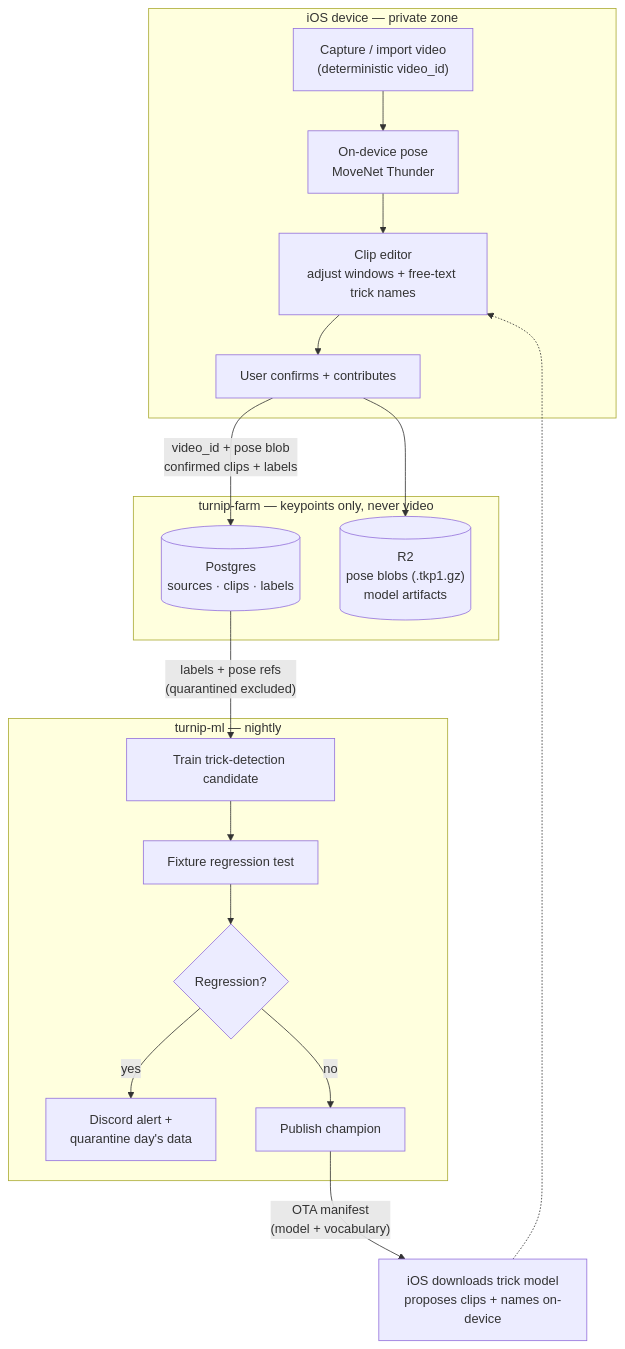
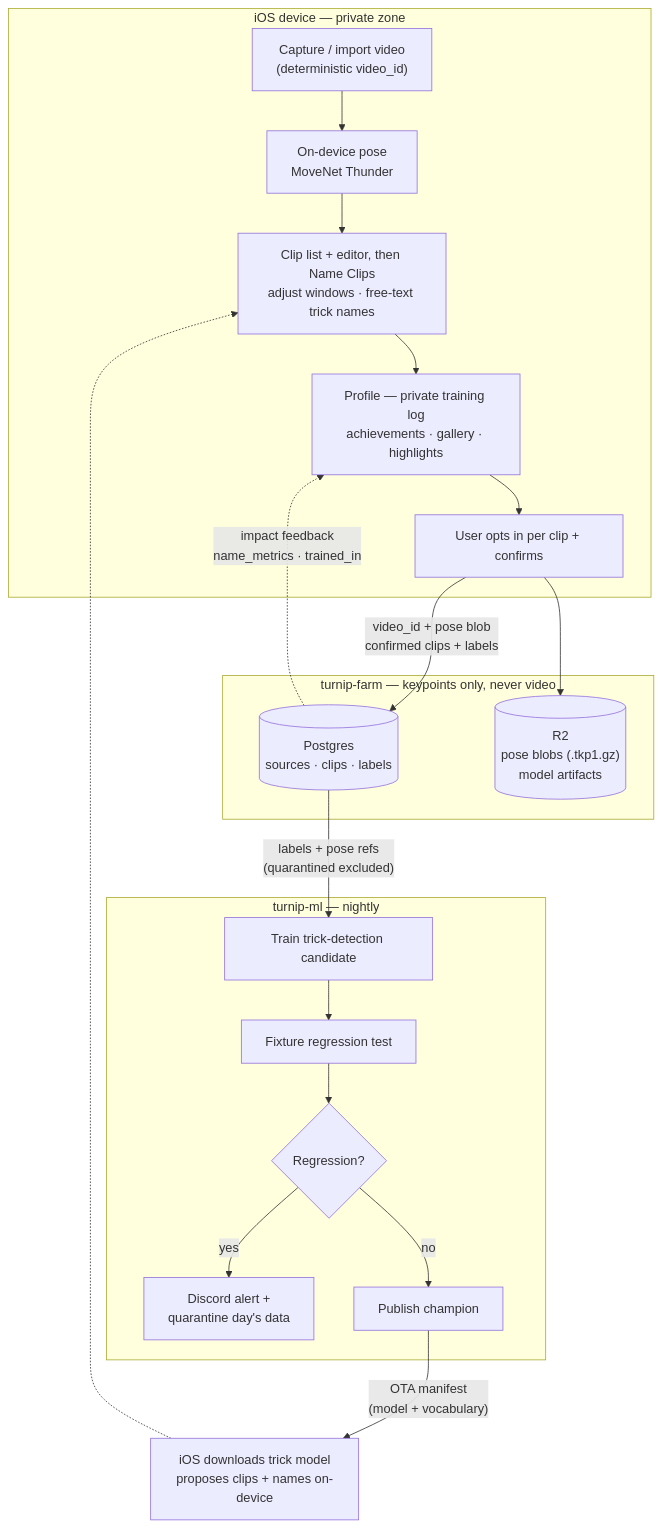
One commit to Museoie/turnip-farm changed the diagram in docs/MASTER_PLAN.md. Above: the diagram before and after it, drawn with Mermaid. The commit also changed other lines of this file and 1 other file, not shown here.

Commit message:
docs: master plan Rev 5 — the Profile tab's contract (#30)

````diff
--- a/docs/MASTER_PLAN.md
+++ b/docs/MASTER_PLAN.md
@@ -41,29 +57,31 @@
 ```mermaid
 flowchart TB
     subgraph Device["iOS device — private zone"]
         A["Capture / import video<br/>(deterministic video_id)"]
         B["On-device pose<br/>MoveNet Thunder"]
-        C["Clip editor<br/>adjust windows + free-text trick names"]
-        D["User confirms + contributes"]
+        C["Clip list + editor, then Name Clips<br/>adjust windows · free-text trick names"]
+        P["Profile — private training log<br/>achievements · gallery · highlights"]
+        D["User opts in per clip + confirms"]
     end
     subgraph Farm["turnip-farm — keypoints only, never video"]
         E[("Postgres<br/>sources · clips · labels")]
         F[("R2<br/>pose blobs (.tkp1.gz)<br/>model artifacts")]
     end
     subgraph ML["turnip-ml — nightly"]
         G["Train trick-detection candidate"]
         H["Fixture regression test"]
         I{"Regression?"}
         J["Discord alert +<br/>quarantine day's data"]
         K["Publish champion"]
     end
-    A --> B --> C --> D
+    A --> B --> C --> P --> D
     D -->|"video_id + pose blob<br/>confirmed clips + labels"| E
     D --> F
     E -->|"labels + pose refs<br/>(quarantined excluded)"| G
     G --> H --> I
     I -->|"yes"| J
     I -->|"no"| K
     K -->|"OTA manifest<br/>(model + vocabulary)"| L["iOS downloads trick model<br/>proposes clips + names on-device"]
     L -.-> C
+    E -.->|"impact feedback<br/>name_metrics · trained_in"| P
 ```
````
